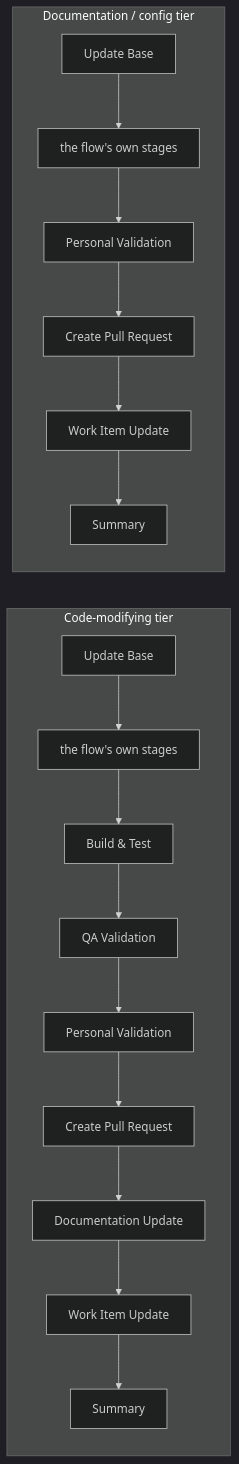
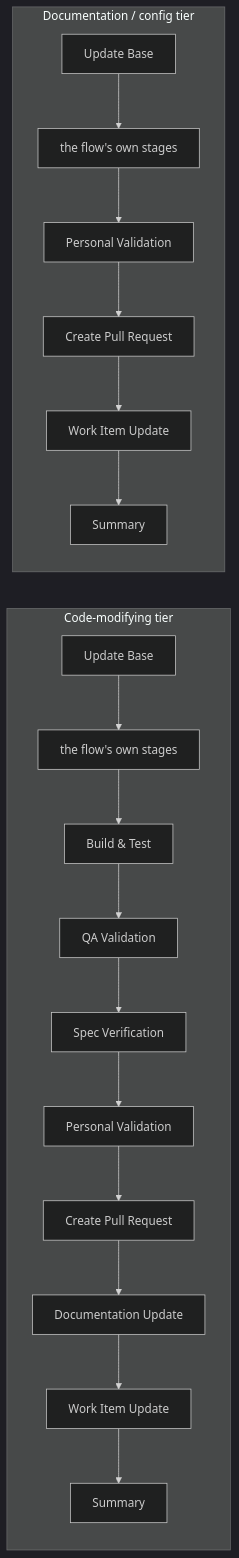
The second of 3 diagrams in .devbook/domain/delivery/flow.md (JSdotNet/devbook), drawn with Mermaid (dark theme) before and after one commit. The commit also changed other lines of this file and 43 other files, not shown here.

````diff
--- a/.devbook/domain/delivery/flow.md
+++ b/.devbook/domain/delivery/flow.md
@@ -61,23 +66,24 @@
 ```mermaid
 flowchart LR
     subgraph code["Code-modifying tier"]
         direction TB
         c1["Update Base"] --> c2["the flow's own stages"]
         c2 --> c3["Build & Test"]
         c3 --> c4["QA Validation"]
-        c4 --> c5["Personal Validation"]
+        c4 --> cv["Spec Verification"]
+        cv --> c5["Personal Validation"]
         c5 --> c6["Create Pull Request"]
         c6 --> c7["Documentation Update"]
         c7 --> c8["Work Item Update"]
         c8 --> c9["Summary"]
     end
 
     subgraph docs["Documentation / config tier"]
         direction TB
         d1["Update Base"] --> d2["the flow's own stages"]
         d2 --> d5["Personal Validation"]
         d5 --> d6["Create Pull Request"]
         d6 --> d8["Work Item Update"]
         d8 --> d9["Summary"]
     end
 ```
````
